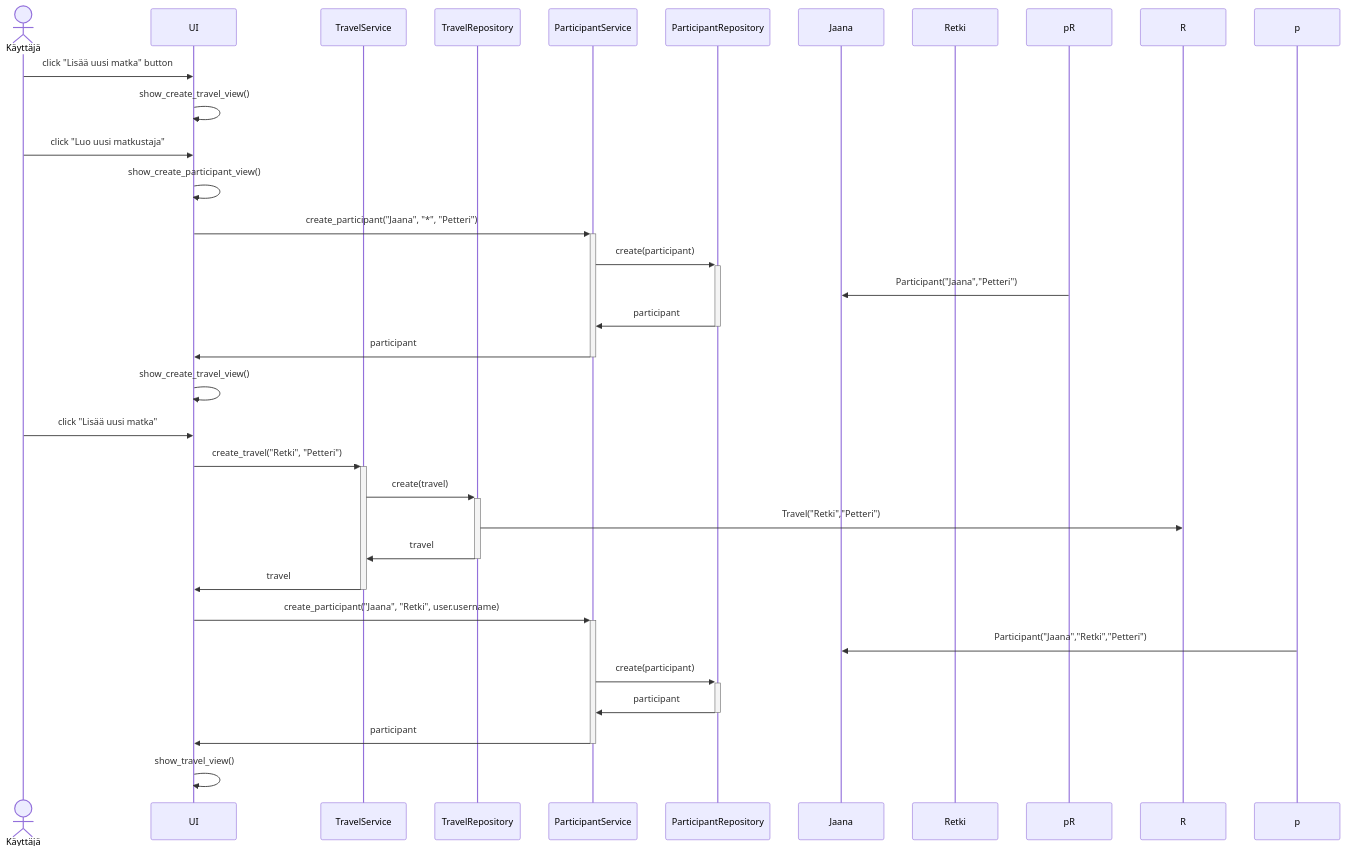
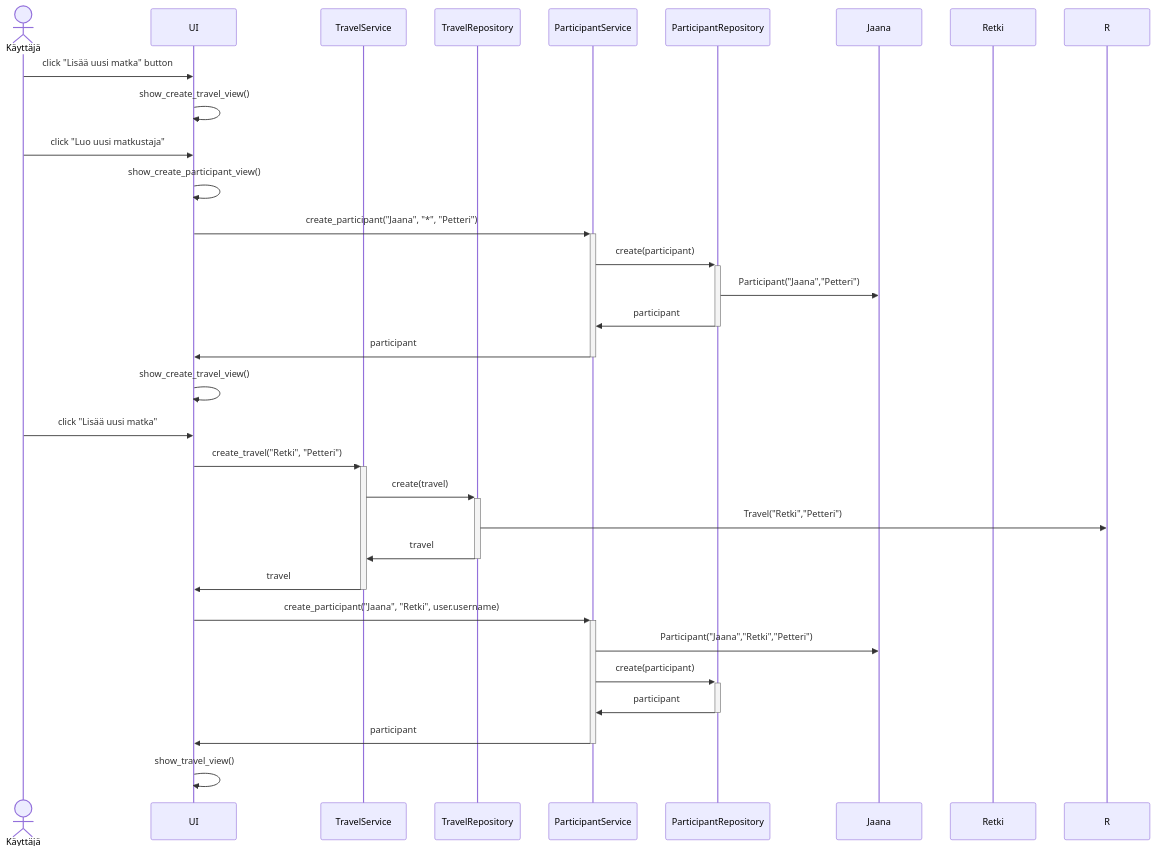
The third of 3 diagrams in travel-expense-calculator-app/dokumentaatio/arkkitehtuuri.md (phuvio/ot-harjoitustyo), drawn with Mermaid before and after one commit. The commit also changed other lines of this file, not shown here.

````diff
--- a/travel-expense-calculator-app/dokumentaatio/arkkitehtuuri.md
+++ b/travel-expense-calculator-app/dokumentaatio/arkkitehtuuri.md
@@ -71,34 +71,34 @@
 ```mermaid
  sequenceDiagram
    Actor K as Käyttäjä
    participant U as UI
    participant T as TravelService
    participant TR as TravelRepository
    participant P as ParticipantService
    participant PR as ParticipantRepository
    participant J as Jaana
    participant M as Retki
    K->>U: click "Lisää uusi matka" button
    U->>U: show_create_travel_view()
    K->>U: click "Luo uusi matkustaja"
    U->>U: show_create_participant_view()
    U->>+P: create_participant("Jaana", "*", "Petteri")
    P->>+PR: create(participant)
-   pR->>J: Participant("Jaana","Petteri")
+   PR->>J: Participant("Jaana","Petteri")
    PR->>-P: participant
    P->>-U: participant
    U->>U: show_create_travel_view()
    K->>U: click "Lisää uusi matka"
    U->>+T: create_travel("Retki", "Petteri")
    T->>+TR: create(travel)
    TR->>R: Travel("Retki","Petteri")
    TR->>-T: travel
    T->>-U: travel
    U->>+P: create_participant("Jaana", "Retki", user.username)
-   p->>J: Participant("Jaana","Retki","Petteri")
+   P->>J: Participant("Jaana","Retki","Petteri")
    P->>+PR: create(participant)
    PR->>-P: participant
    P->>-U: participant
    U->>U: show_travel_view()
 
 ```
````
